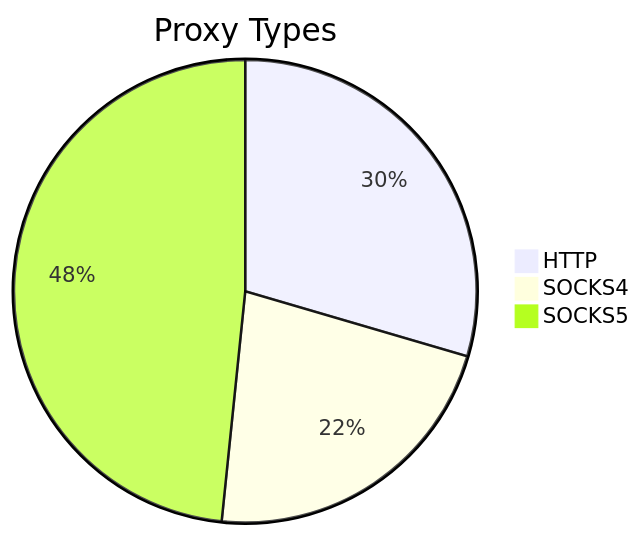
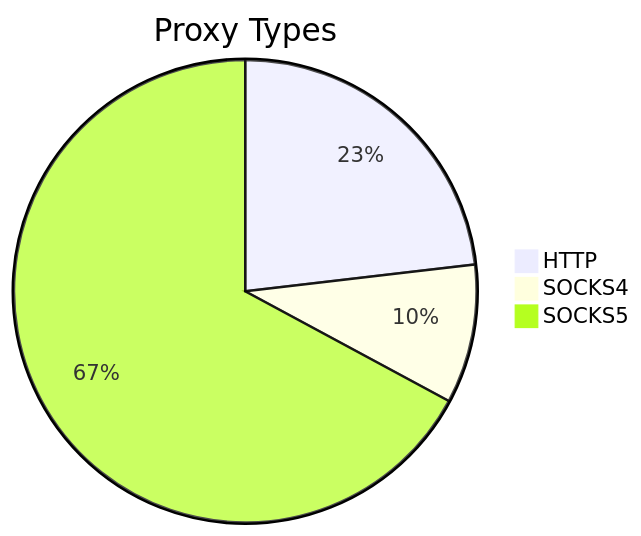
The first of 2 diagrams in README.md (stormsia/proxy-list), drawn with Mermaid before and after one commit. The commit also changed other lines of this file, not shown here.

````diff
--- a/README.md
+++ b/README.md
@@ -21,6 +21,6 @@
 ```mermaid
 pie title Proxy Types
-    "HTTP" : 127
-    "SOCKS4" : 95
-    "SOCKS5" : 208
+    "HTTP" : 50
+    "SOCKS4" : 21
+    "SOCKS5" : 145
 ```
````
